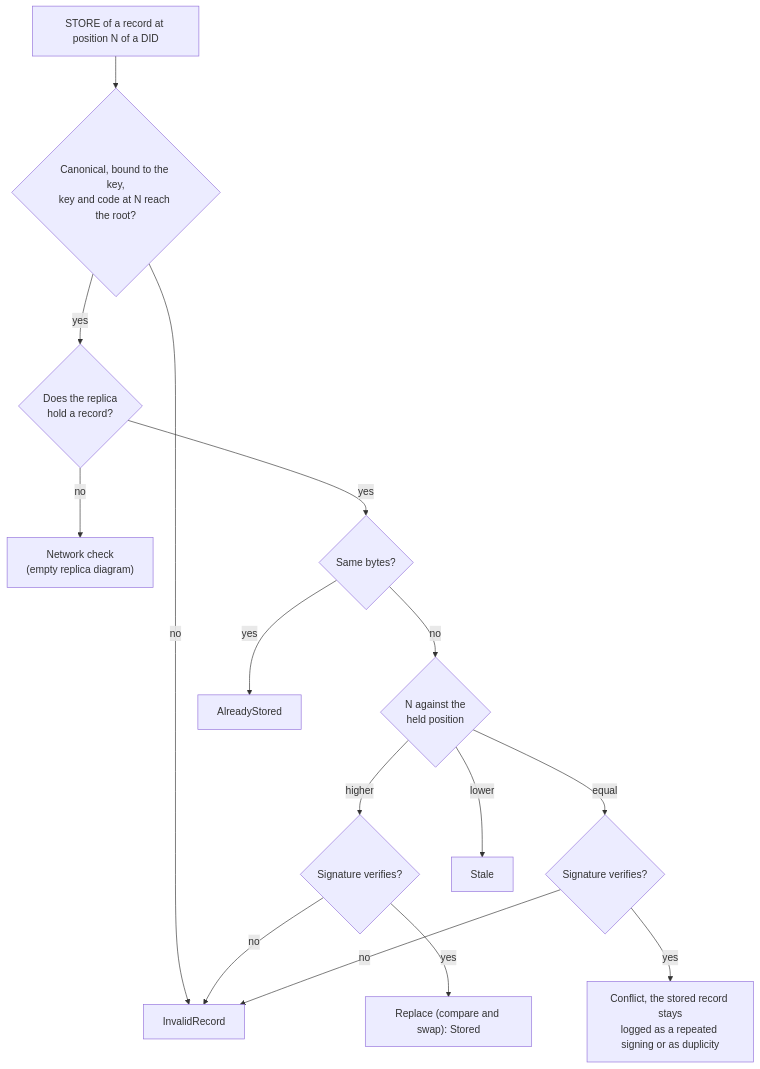
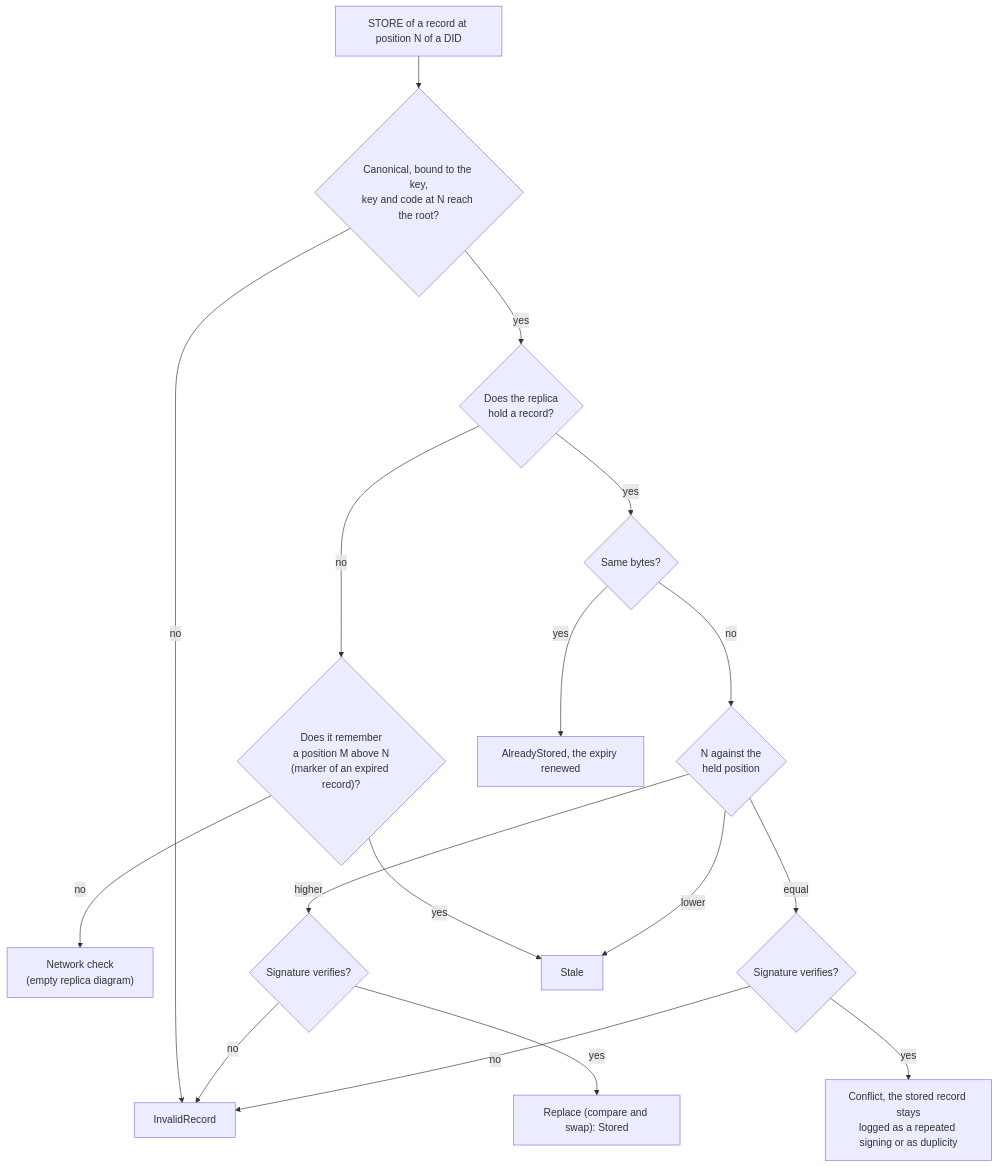
The diagram in docs/design/replica-rules.mmd (fratrung/auth-kademlia-rs), drawn with Mermaid before and after one commit. The commit also changed 6 other files, not shown here.

```diff
--- a/docs/design/replica-rules.mmd
+++ b/docs/design/replica-rules.mmd
@@ -1,28 +1,31 @@
 flowchart TD
     IN["STORE of a record at position N of a DID"]
     FORM{"Canonical, bound to the key,<br/>key and code at N reach the root?"}
     HOLDS{"Does the replica<br/>hold a record?"}
+    MARK{"Does it remember<br/>a position M above N<br/>(marker of an expired record)?"}
     CHECK["Network check<br/>(empty replica diagram)"]
     SAME{"Same bytes?"}
     CMP{"N against the<br/>held position"}
     SIGH{"Signature verifies?"}
     SIGE{"Signature verifies?"}
     INV["InvalidRecord"]
-    AS["AlreadyStored"]
+    AS["AlreadyStored, the expiry renewed"]
     REP["Replace (compare and swap): Stored"]
     STALE["Stale"]
     CON["Conflict, the stored record stays<br/>logged as a repeated signing or as duplicity"]
     IN --> FORM
     FORM -- no --> INV
     FORM -- yes --> HOLDS
-    HOLDS -- no --> CHECK
+    HOLDS -- no --> MARK
+    MARK -- yes --> STALE
+    MARK -- no --> CHECK
     HOLDS -- yes --> SAME
     SAME -- yes --> AS
     SAME -- no --> CMP
     CMP -- higher --> SIGH
     SIGH -- yes --> REP
     SIGH -- no --> INV
     CMP -- lower --> STALE
     CMP -- equal --> SIGE
     SIGE -- yes --> CON
     SIGE -- no --> INV
```
